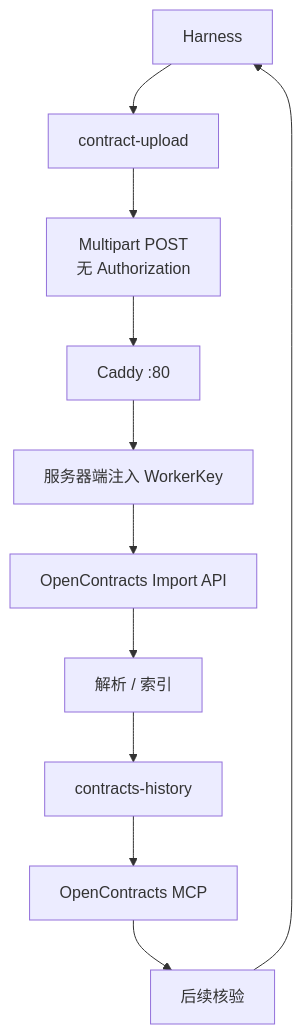
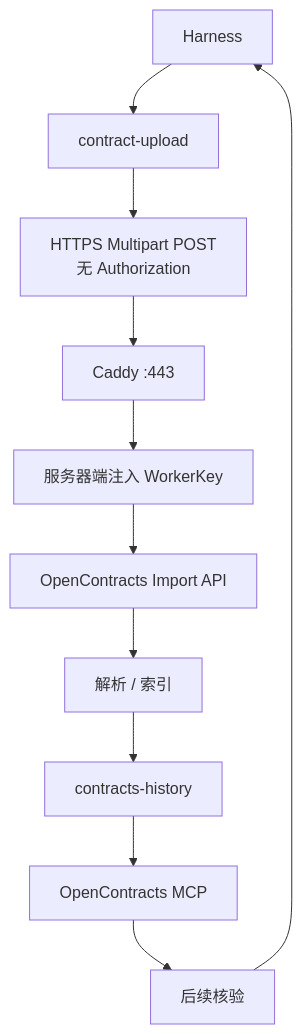
One commit to Ri0n72Y/ContractBotConfig changed the fourth of 6 diagrams in docs/architecture/c4.md. Above: the diagram before and after it, drawn with Mermaid. The commit also changed other lines of this file, not shown here.

Commit message:
docs: restore HTTPS C4 architecture

````diff
--- a/docs/architecture/c4.md
+++ b/docs/architecture/c4.md
@@ -70,13 +70,13 @@
 ```mermaid
 flowchart TB
     H[Harness] --> S[contract-upload]
-    S --> P[Multipart POST\n无 Authorization]
-    P --> C[Caddy :80]
+    S --> P[HTTPS Multipart POST\n无 Authorization]
+    P --> C[Caddy :443]
     C --> W[服务器端注入 WorkerKey]
     W --> A[OpenContracts Import API]
     A --> X[解析 / 索引]
     X --> CH[contracts-history]
     CH --> M[OpenContracts MCP]
     M --> V[后续核验]
     V --> H
 ```
````
